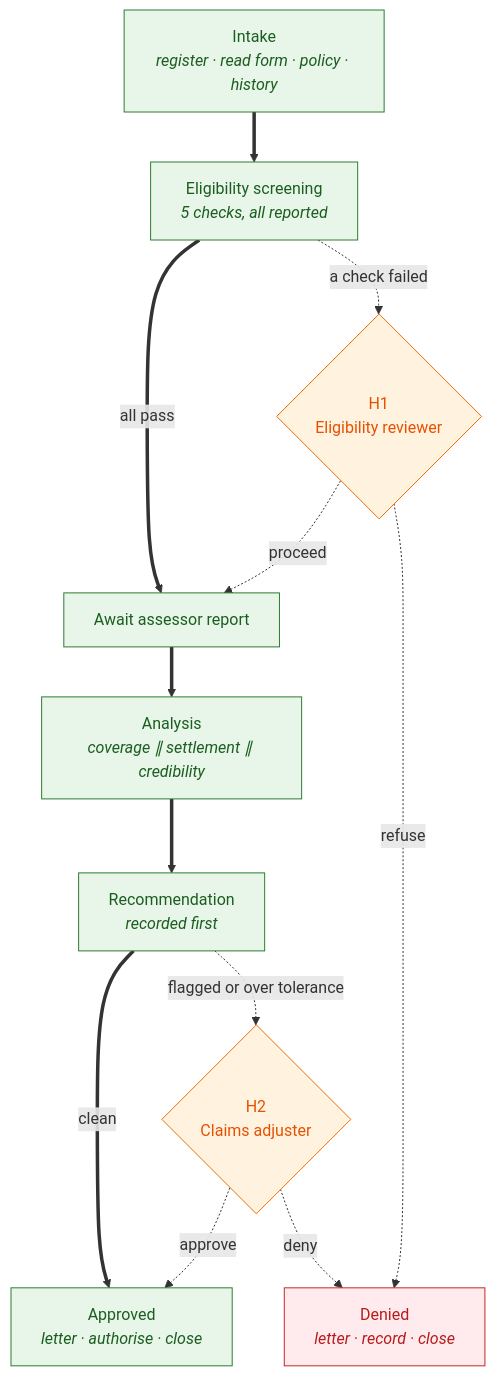
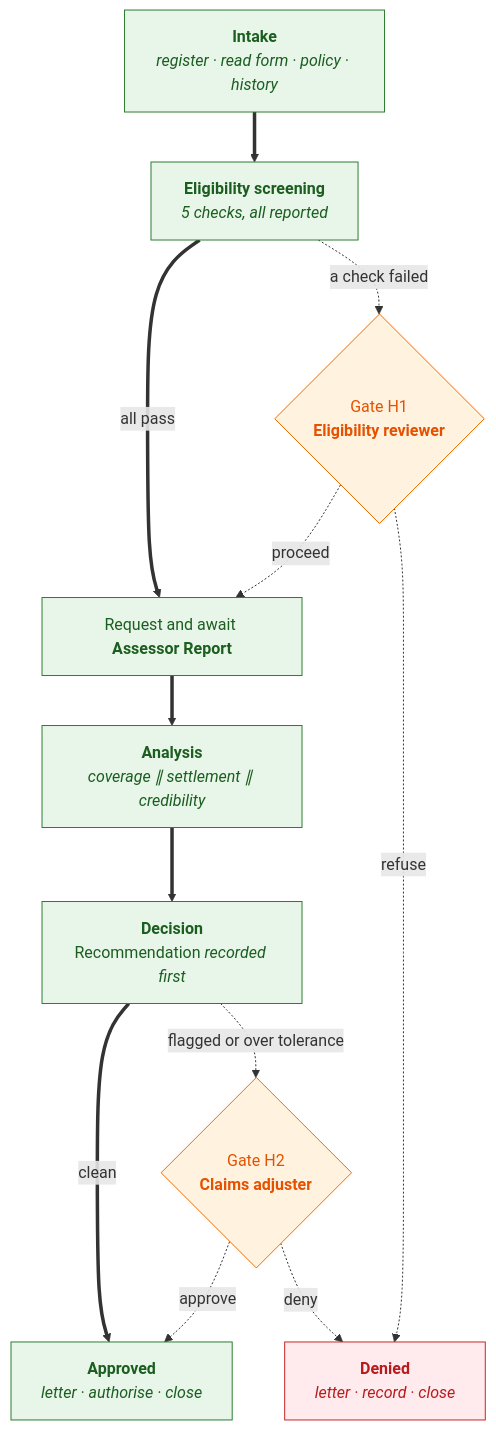
The diagram in docs/plan/1-the-property-claims-case.md (uipath-practice/ClaimCaseWorkshop), drawn with Mermaid before and after one commit. The commit also changed other lines of this file and 21 other files, not shown here.

````diff
--- a/docs/plan/1-the-property-claims-case.md
+++ b/docs/plan/1-the-property-claims-case.md
@@ -28,32 +29,32 @@
 ```mermaid
 flowchart TD
-  I["Intake<br/><i>register · read form · policy · history</i>"]
-  E["Eligibility screening<br/><i>5 checks, all reported</i>"]
-  W["Await assessor report"]
-  A["Analysis<br/><i>coverage ∥ settlement ∥ credibility</i>"]
-  R["Recommendation<br/><i>recorded first</i>"]
-  AP["Approved<br/><i>letter · authorise · close</i>"]
-  H1{"H1<br/>Eligibility reviewer"}
-  H2{"H2<br/>Claims adjuster"}
-  DN["Denied<br/><i>letter · record · close</i>"]
+  I["<b>Intake</b><br/><i>register · read form · policy · history</i>"]
+  E["<b>Eligibility screening</b><br/><i>5 checks, all reported</i>"]
+  W["Request and await <b>Assessor Report</b>"]
+  A["<b>Analysis</b><br/><i>coverage ∥ settlement ∥ credibility</i>"]
+  R["<b>Decision</b><br>Recommendation <i>recorded first</i>"]
+  AP["<b>Approved</b><br/><i>letter · authorise · close</i>"]
+  H1{"Gate H1<br/><b>Eligibility reviewer</b>"}
+  H2{"Gate H2<br/><b>Claims adjuster</b>"}
+  DN["<b>Denied</b><br/><i>letter · record · close</i>"]
 
   I ==> E
   E ==>|all pass| W
   W ==> A
   A ==> R
   R ==>|clean| AP
 
   E -.->|a check failed| H1
   H1 -.->|proceed| W
   H1 -.->|refuse| DN
   R -.->|flagged or over tolerance| H2
   H2 -.->|approve| AP
   H2 -.->|deny| DN
 
   classDef stage fill:#e8f5e9,stroke:#2e7d32,color:#1b5e20;
   classDef gate fill:#fff3e0,stroke:#ef6c00,color:#e65100;
   classDef bad fill:#ffebee,stroke:#c62828,color:#b71c1c;
   class I,E,W,A,R,AP stage;
   class H1,H2 gate;
   class DN bad;
 ```
````
